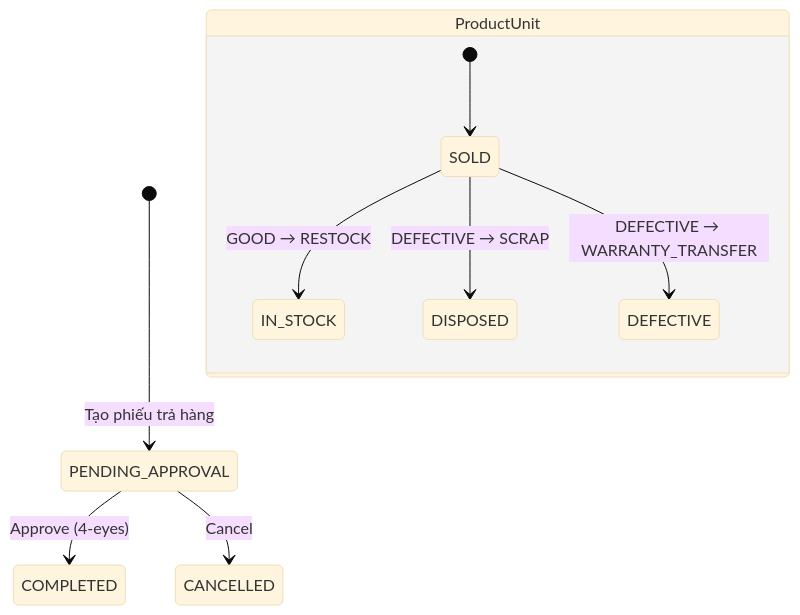
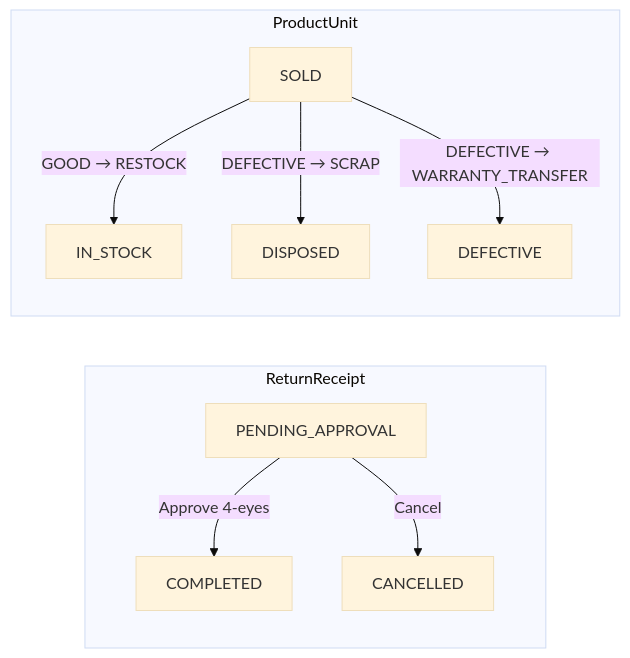
Before and after one commit to Java-Inventory-Management-System/Projects: the first of 2 diagrams in docs/flows/be/03-return-flow.md, drawn with Mermaid (base theme). The commit also changed 7 other files, not shown here.

Commit message:
docs: convert BE state machines from stateDiagram-v2 to flowchart LR for clean layout

````diff
--- a/docs/flows/be/03-return-flow.md
+++ b/docs/flows/be/03-return-flow.md
@@ -35,14 +35,13 @@
 ```mermaid
-stateDiagram-v2
-    [*] --> PENDING_APPROVAL : Tạo phiếu trả hàng
+flowchart LR
+    subgraph "ReturnReceipt"
+        PENDING_APPROVAL -->|Approve 4-eyes| COMPLETED
+        PENDING_APPROVAL -->|Cancel| CANCELLED
+    end
 
-    PENDING_APPROVAL --> COMPLETED : Approve (4-eyes)
-    PENDING_APPROVAL --> CANCELLED : Cancel
-
-    state "ProductUnit" as PU {
-        [*] --> SOLD
-        SOLD --> IN_STOCK : GOOD → RESTOCK
-        SOLD --> DISPOSED : DEFECTIVE → SCRAP
-        SOLD --> DEFECTIVE : DEFECTIVE → WARRANTY_TRANSFER
-    }
+    subgraph "ProductUnit"
+        SOLD -->|GOOD → RESTOCK| IN_STOCK
+        SOLD -->|DEFECTIVE → SCRAP| DISPOSED
+        SOLD -->|DEFECTIVE → WARRANTY_TRANSFER| DEFECTIVE
+    end
 ```
````
